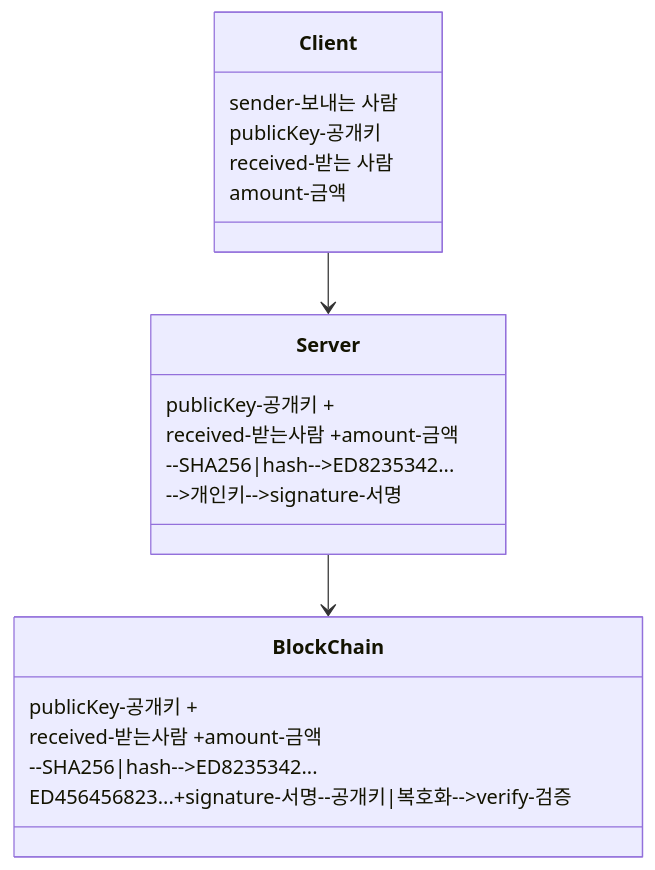
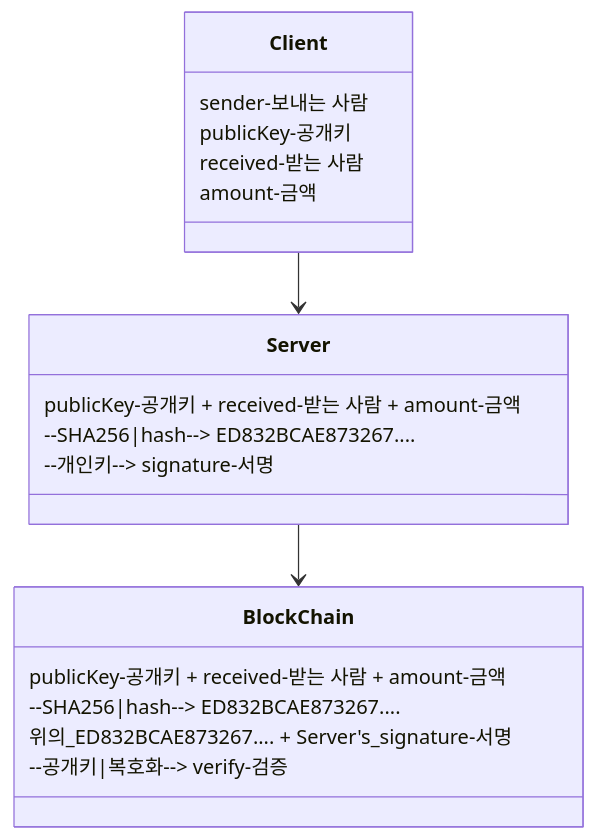
The diagram in day84/blockChain/wallet/ReadMe.md (LeeJaeHyekk/blockchain7), drawn with Mermaid before and after one commit. The commit also changed other lines of this file and 78 other files, not shown here.

````diff
--- a/day84/blockChain/wallet/ReadMe.md
+++ b/day84/blockChain/wallet/ReadMe.md
@@ -5,24 +5,22 @@
 ```mermaid
     classDiagram
     Client --> Server
     Server --> BlockChain
     class Client{
         sender-보내는 사람
         publicKey-공개키
         received-받는 사람
         amount-금액
     }
     class Server{
-        publicKey-공개키 +
-        received-받는사람 +amount-금액
-        --SHA256|hash-->ED8235342...
-        -->개인키-->signature-서명
+        publicKey-공개키 + received-받는 사람 + amount-금액
+        --SHA256|hash--> ED832BCAE873267....
+        --개인키--> signature-서명
     }
     class BlockChain{
-         publicKey-공개키 +
-        received-받는사람 +amount-금액
-        --SHA256|hash-->ED8235342...
-        ED456456823...+signature-서명--공개키|복호화-->verify-검증
-
+        publicKey-공개키 + received-받는 사람 + amount-금액
+        --SHA256|hash--> ED832BCAE873267....
+        위의_ED832BCAE873267.... + Server's_signature-서명
+        --공개키|복호화--> verify-검증
     }
 ```
````
